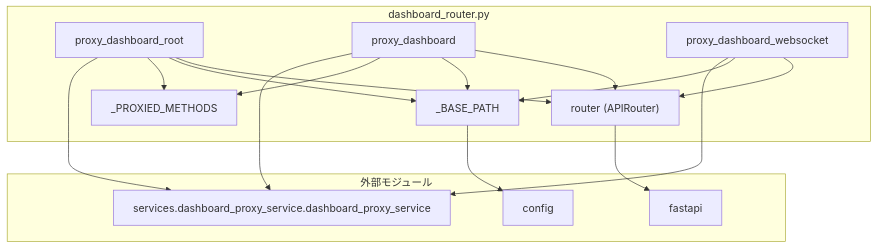
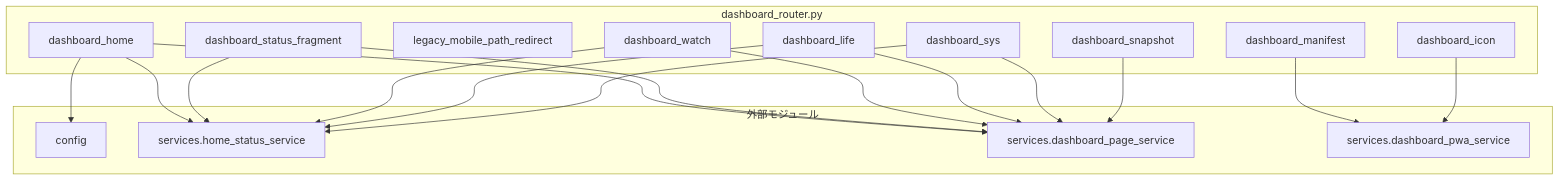
One commit to mmtigers/my_python_project changed the second of 2 diagrams in docs/specifications/MY_HOME_SYSTEM/dashboard_router.md. Above: the diagram before and after it, drawn with Mermaid. The commit also changed other lines of this file and 85 other files, not shown here.

````diff
--- a/docs/specifications/MY_HOME_SYSTEM/dashboard_router.md
+++ b/docs/specifications/MY_HOME_SYSTEM/dashboard_router.md
@@ -280,31 +291,36 @@
 ```mermaid
 graph TD
     subgraph "dashboard_router.py"
-        Router["router (APIRouter)"]
-        Methods["_PROXIED_METHODS"]
-        BasePath["_BASE_PATH"]
-        RootEp["proxy_dashboard_root"]
-        SubEp["proxy_dashboard"]
-        WsEp["proxy_dashboard_websocket"]
+        dashboard_manifest
+        dashboard_icon
+        legacy_mobile_path_redirect
+        dashboard_home
+        dashboard_status_fragment
+        dashboard_watch
+        dashboard_life
+        dashboard_sys
+        dashboard_snapshot
     end
 
     subgraph "外部モジュール"
         config
-        proxy["services.dashboard_proxy_service.dashboard_proxy_service"]
-        fastapi
+        home_status_service["services.home_status_service"]
+        dashboard_page_service["services.dashboard_page_service"]
+        dashboard_pwa_service["services.dashboard_pwa_service"]
     end
 
-    BasePath --> config
-    Router --> fastapi
-    RootEp --> Router
-    RootEp --> BasePath
-    RootEp --> Methods
-    RootEp --> proxy
-    SubEp --> Router
-    SubEp --> BasePath
-    SubEp --> Methods
-    SubEp --> proxy
-    WsEp --> Router
-    WsEp --> BasePath
-    WsEp --> proxy
+    dashboard_manifest --> dashboard_pwa_service
+    dashboard_icon --> dashboard_pwa_service
+    dashboard_home --> home_status_service
+    dashboard_home --> dashboard_page_service
+    dashboard_status_fragment --> home_status_service
+    dashboard_status_fragment --> dashboard_page_service
+    dashboard_watch --> home_status_service
+    dashboard_watch --> dashboard_page_service
+    dashboard_life --> home_status_service
+    dashboard_life --> dashboard_page_service
+    dashboard_sys --> home_status_service
+    dashboard_sys --> dashboard_page_service
+    dashboard_snapshot --> dashboard_page_service
+    dashboard_home --> config
 ```
````
